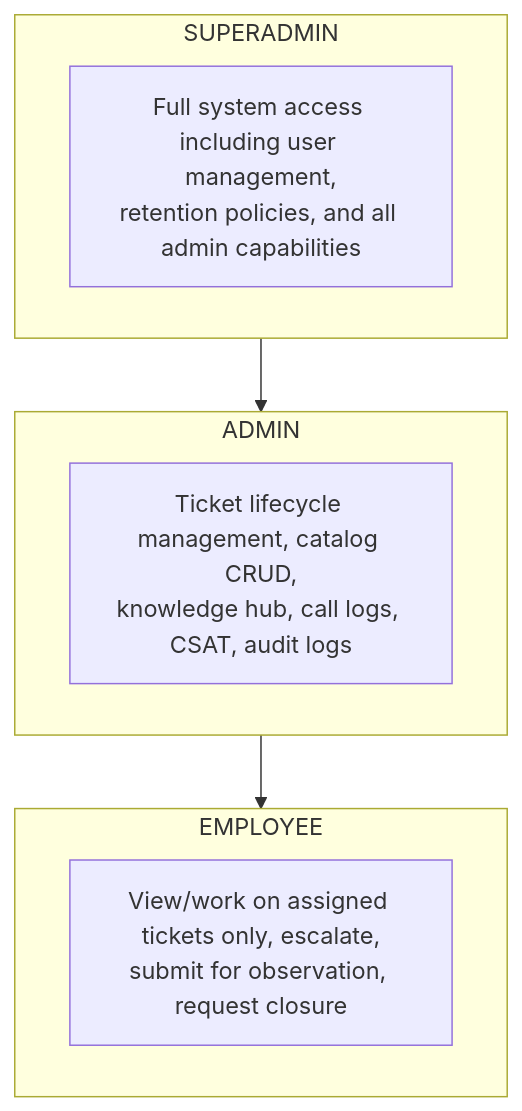
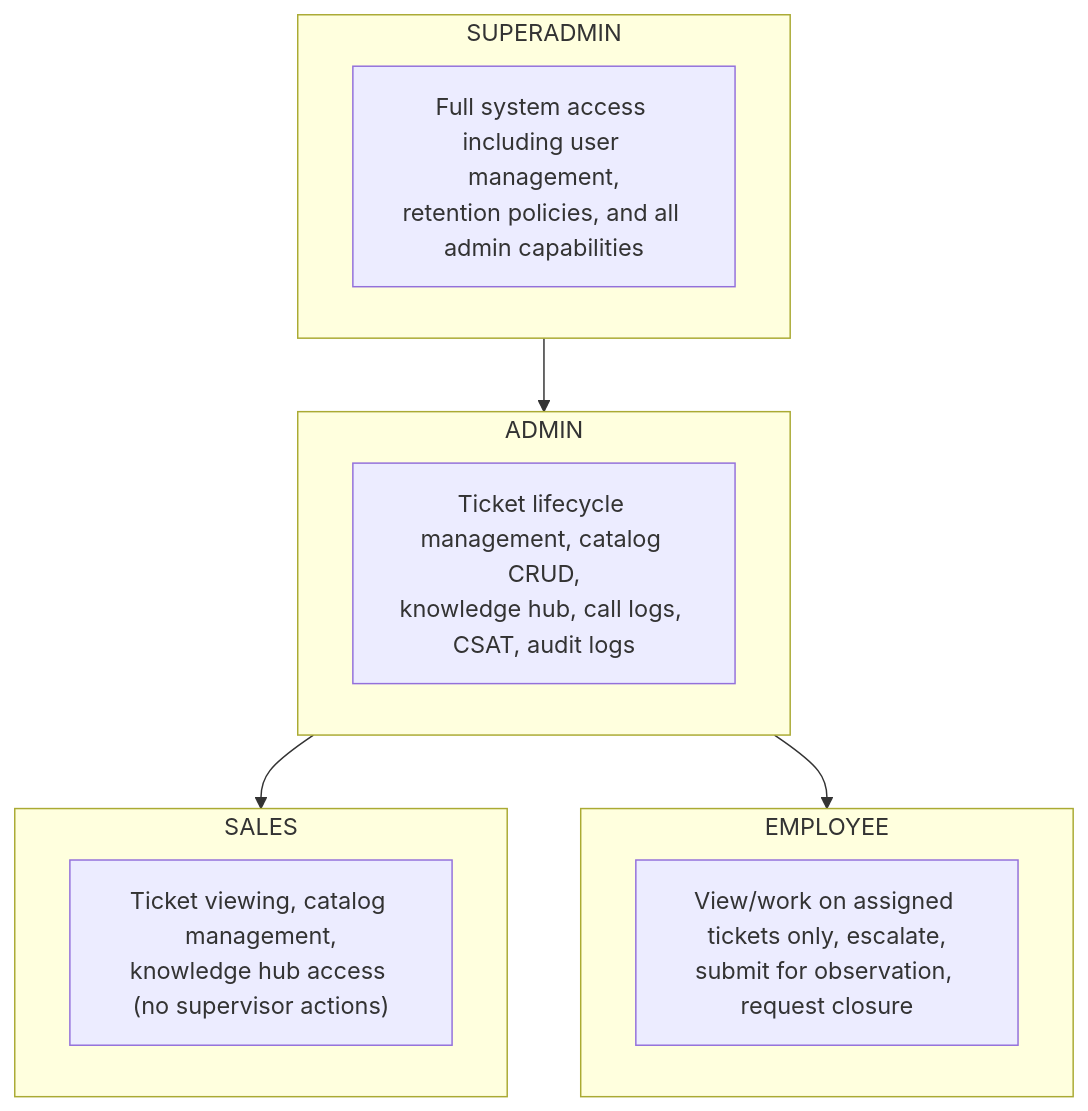
The diagram in documentation/13-Security-Architecture.md (seyxhel/-local-Maptech-Ticketing-System), drawn with Mermaid before and after one commit. The commit also changed other lines of this file and 9 other files, not shown here.

````diff
--- a/documentation/13-Security-Architecture.md
+++ b/documentation/13-Security-Architecture.md
@@ -26,14 +26,19 @@
 ```mermaid
 flowchart TB
     subgraph SA["SUPERADMIN"]
         SA_D["Full system access including user management,\nretention policies, and all admin capabilities"]
     end
     subgraph AD["ADMIN"]
         AD_D["Ticket lifecycle management, catalog CRUD,\nknowledge hub, call logs, CSAT, audit logs"]
     end
+    subgraph SL["SALES"]
+        SL_D["Ticket viewing, catalog management,\nknowledge hub access (no supervisor actions)"]
+    end
     subgraph EM["EMPLOYEE"]
         EM_D["View/work on assigned tickets only, escalate,\nsubmit for observation, request closure"]
     end
 
-    SA --> AD --> EM
+    SA --> AD
+    AD --> SL
+    AD --> EM
 ```
````
